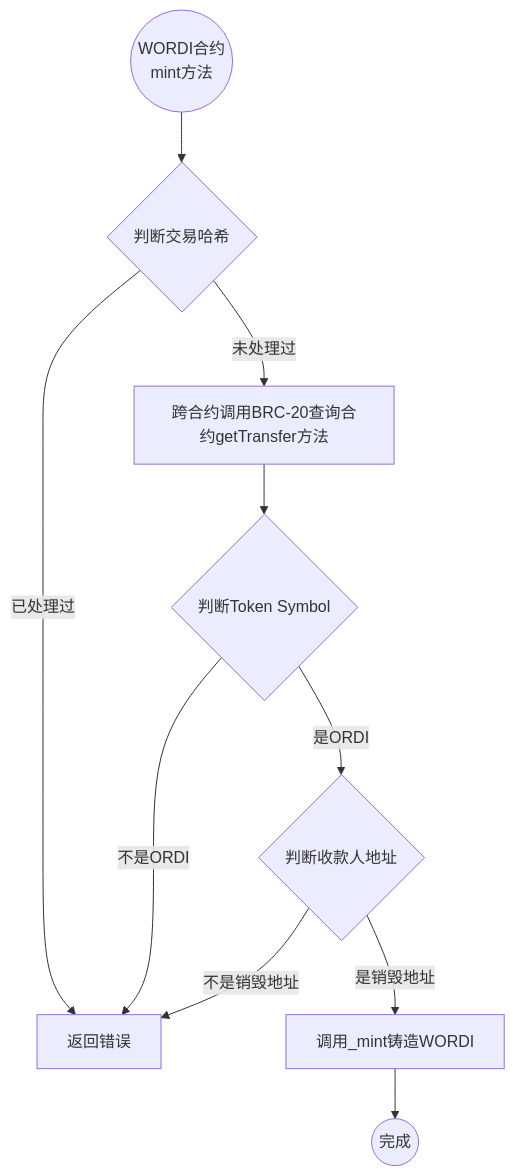
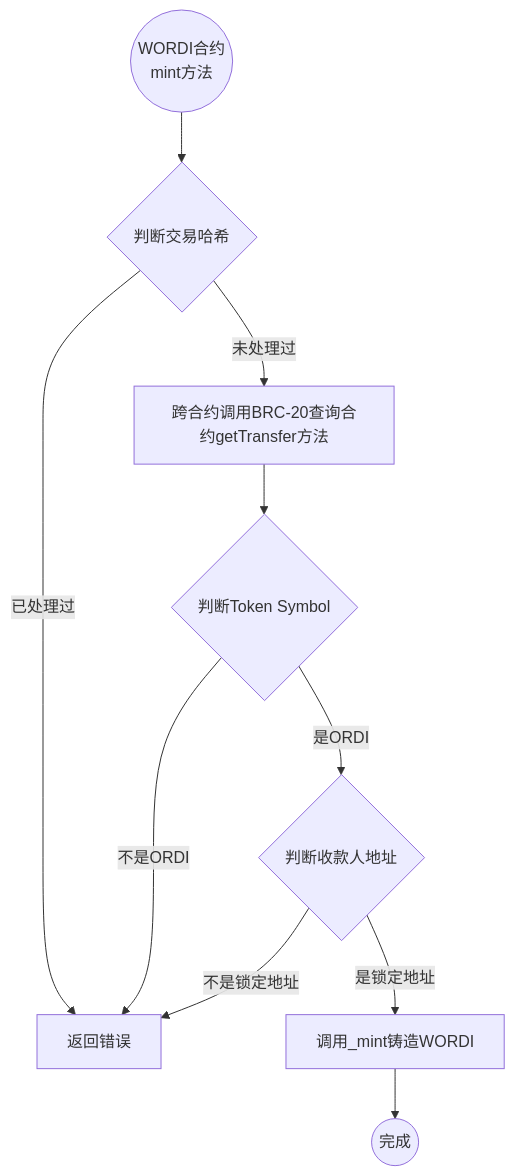
Before and after one commit to bxelab/whitepaper: the first of 2 diagrams in WhitePaper_CN.md, drawn with Mermaid. The commit also changed other lines of this file, not shown here.

````diff
--- a/WhitePaper_CN.md
+++ b/WhitePaper_CN.md
@@ -262,12 +266,12 @@
 ```mermaid
 flowchart TD
     Start((WORDI合约\nmint方法)) --> A
     A{判断交易哈希} -->|已处理过| E[返回错误]
     A -->|未处理过| C[跨合约调用BRC-20查询合约getTransfer方法]
     C --> D{判断Token Symbol}
     D -->|不是ORDI| E[返回错误]
     D -->|是ORDI| F{判断收款人地址}
-    F -->|不是销毁地址| E[返回错误]
-    F -->|是销毁地址| H[调用_mint铸造WORDI]
+    F -->|不是锁定地址| E[返回错误]
+    F -->|是锁定地址| H[调用_mint铸造WORDI]
     H --> End((完成))
 ```
````
